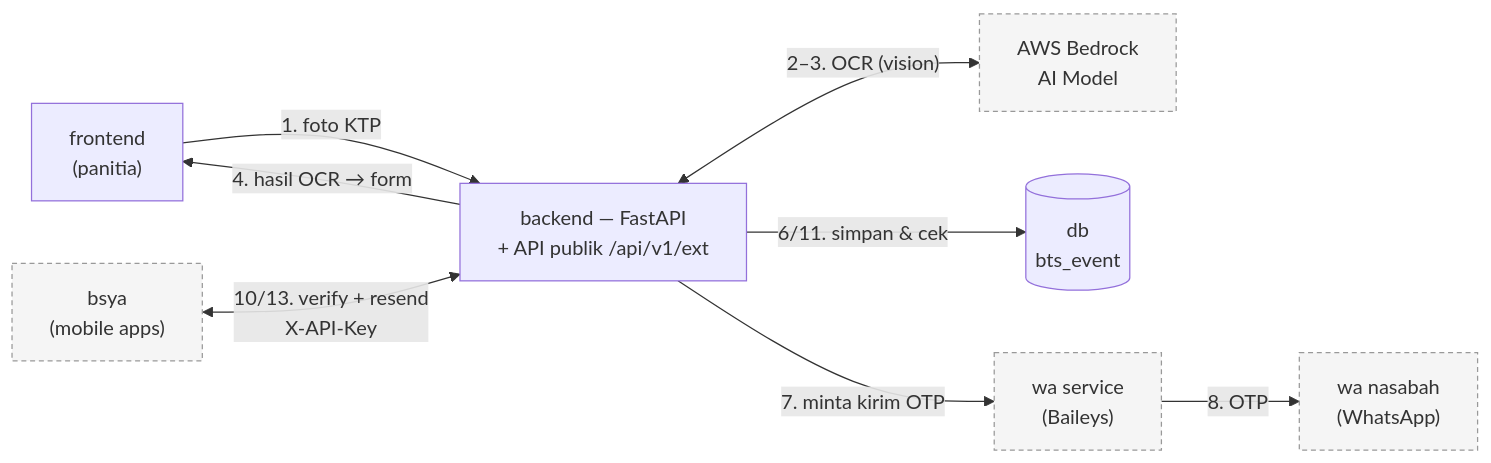
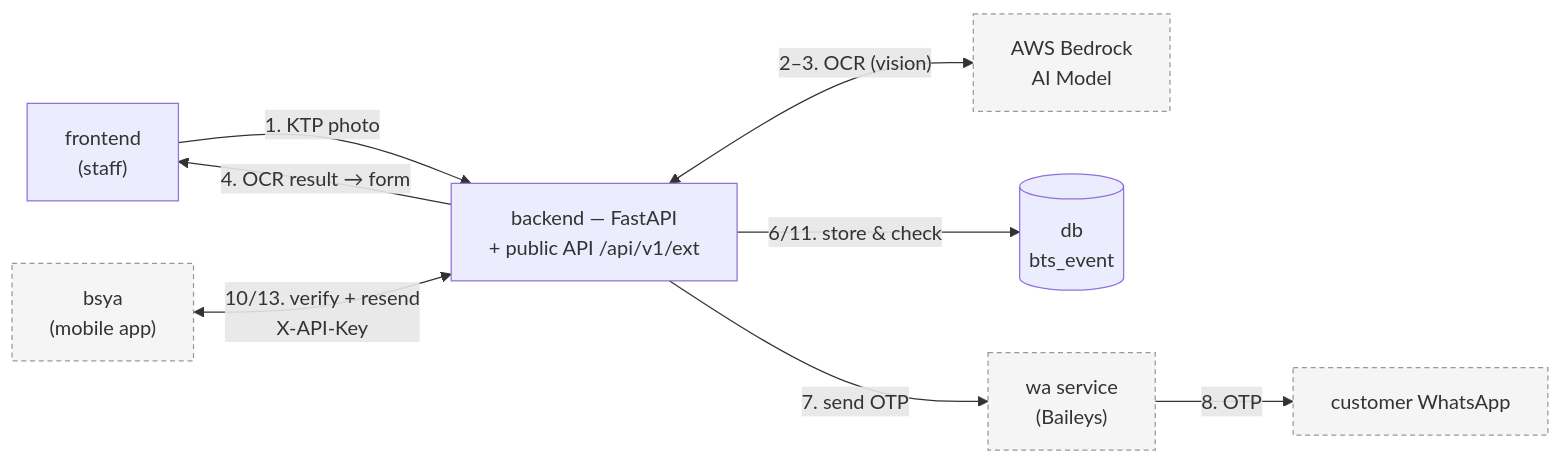
Before and after one commit to sdhuchri/bts-event: the first of 2 diagrams in docs/architecture.md, drawn with Mermaid. The commit also changed other lines of this file, not shown here.

Commit message:
docs: translate architecture.md to English

````diff
--- a/docs/architecture.md
+++ b/docs/architecture.md
@@ -27,21 +27,21 @@
 ```mermaid
 flowchart LR
-    FE["frontend<br/>(panitia)"]
-    BE["backend — FastAPI<br/>+ API publik /api/v1/ext"]
+    FE["frontend<br/>(staff)"]
+    BE["backend — FastAPI<br/>+ public API /api/v1/ext"]
     AI["AWS Bedrock<br/>AI Model"]
     WA["wa service<br/>(Baileys)"]
-    WN["wa nasabah<br/>(WhatsApp)"]
+    WN["customer WhatsApp"]
     DB[("db<br/>bts_event")]
-    MB["bsya<br/>(mobile apps)"]
+    MB["bsya<br/>(mobile app)"]
 
-    FE -->|"1. foto KTP"| BE
-    BE -->|"4. hasil OCR → form"| FE
+    FE -->|"1. KTP photo"| BE
+    BE -->|"4. OCR result → form"| FE
     BE <-->|"2–3. OCR (vision)"| AI
-    BE -->|"6/11. simpan & cek"| DB
-    BE -->|"7. minta kirim OTP"| WA
+    BE -->|"6/11. store & check"| DB
+    BE -->|"7. send OTP"| WA
     WA -->|"8. OTP"| WN
     MB <-->|"10/13. verify + resend<br/>X-API-Key"| BE
 
     classDef ext fill:#f5f5f5,stroke:#999,stroke-dasharray:4 3;
     class AI,WA,WN,MB ext;
 ```
````
